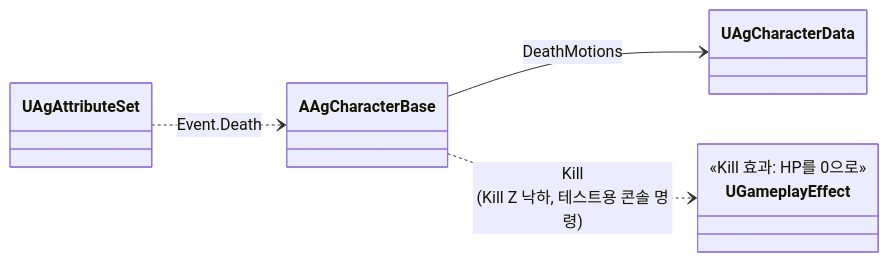
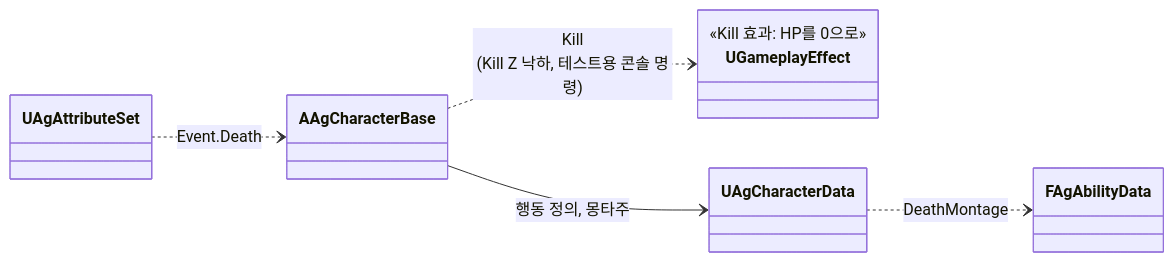
Before and after one commit to Woogl/Ag: the first of 2 diagrams in Docs/Program/사망 처리.md, drawn with Mermaid. The commit also changed other lines of this file and 34 other files, not shown here.

````diff
--- a/Docs/Program/사망 처리.md
+++ b/Docs/Program/사망 처리.md
@@ -22,10 +23,11 @@
 ```mermaid
 classDiagram
     direction LR
     class UGameplayEffect {
         <<Kill 효과: HP를 0으로>>
     }
     UAgAttributeSet ..> AAgCharacterBase : Event.Death
-    AAgCharacterBase --> UAgCharacterData : DeathMotions
+    AAgCharacterBase --> UAgCharacterData : 행동 정의, 몽타주
+    UAgCharacterData ..> FAgAbilityData : DeathMontage
     AAgCharacterBase ..> UGameplayEffect : Kill<br>(Kill Z 낙하, 테스트용 콘솔 명령)
 ```
````
